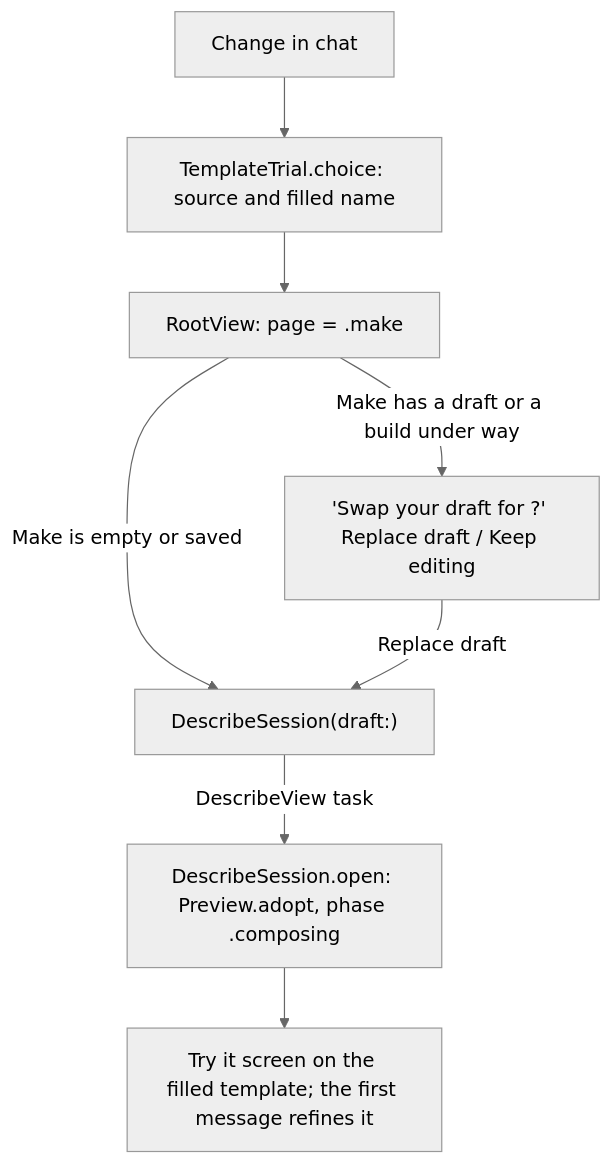
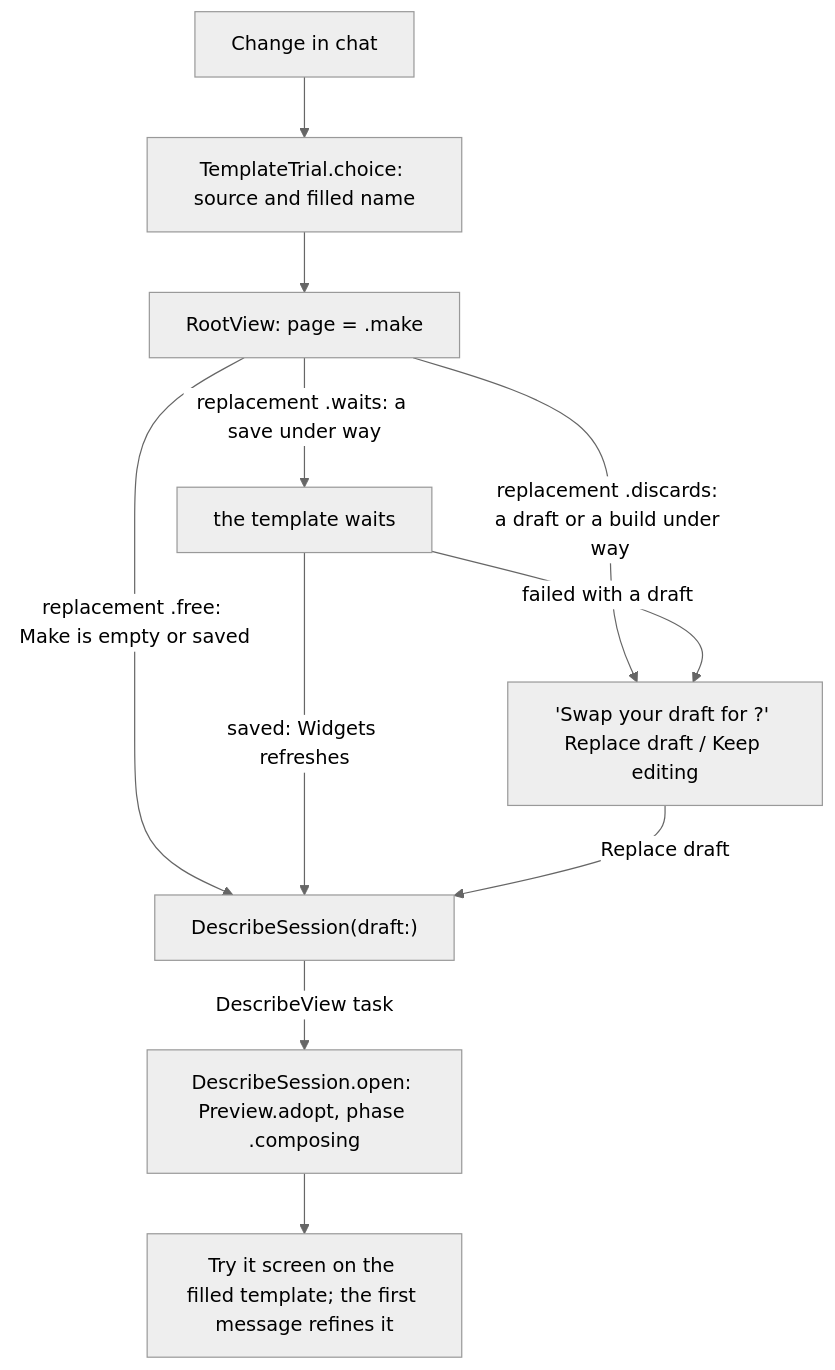
One commit to Krutik460/Widgie changed the fourth of 4 diagrams in docs/pr/16-app-shell-u3-templates.md. Above: the diagram before and after it, drawn with Mermaid (neutral theme). The commit also changed other lines of this file, not shown here.

````diff
--- a/docs/pr/16-app-shell-u3-templates.md
+++ b/docs/pr/16-app-shell-u3-templates.md
@@ -86,10 +90,13 @@
 ```mermaid
 flowchart TD
   CHAT["Change in chat"] --> CHOICE["TemplateTrial.choice: source and filled name"]
   CHOICE --> ROOT["RootView: page = .make"]
-  ROOT -->|"Make has a draft or a build under way"| ASK["'Swap your draft for <name>?' Replace draft / Keep editing"]
-  ROOT -->|"Make is empty or saved"| START["DescribeSession(draft:)"]
+  ROOT -->|"replacement .discards: a draft or a build under way"| ASK["'Swap your draft for <name>?' Replace draft / Keep editing"]
+  ROOT -->|"replacement .free: Make is empty or saved"| START["DescribeSession(draft:)"]
+  ROOT -->|"replacement .waits: a save under way"| WAIT["the template waits"]
+  WAIT -->|"saved: Widgets refreshes"| START
+  WAIT -->|"failed with a draft"| ASK
   ASK -->|"Replace draft"| START
   START -->|"DescribeView task"| OPEN["DescribeSession.open: Preview.adopt, phase .composing"]
   OPEN --> TRY["Try it screen on the filled template; the first message refines it"]
 ```
````
